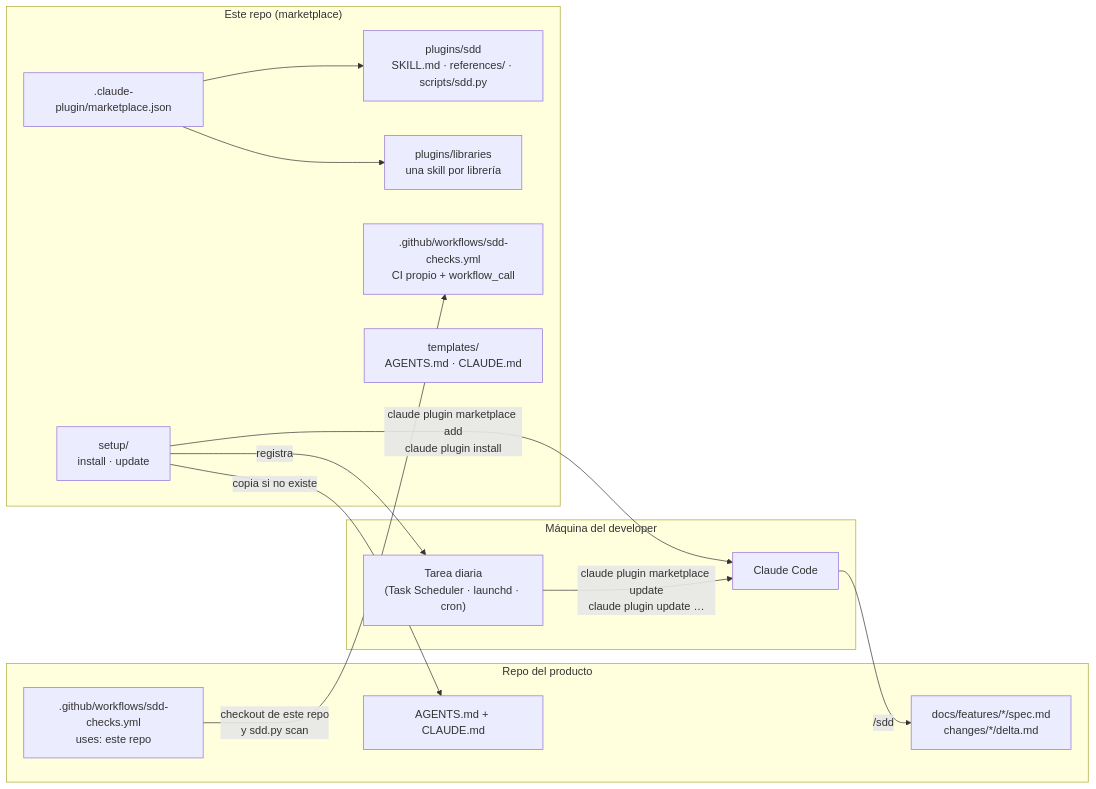
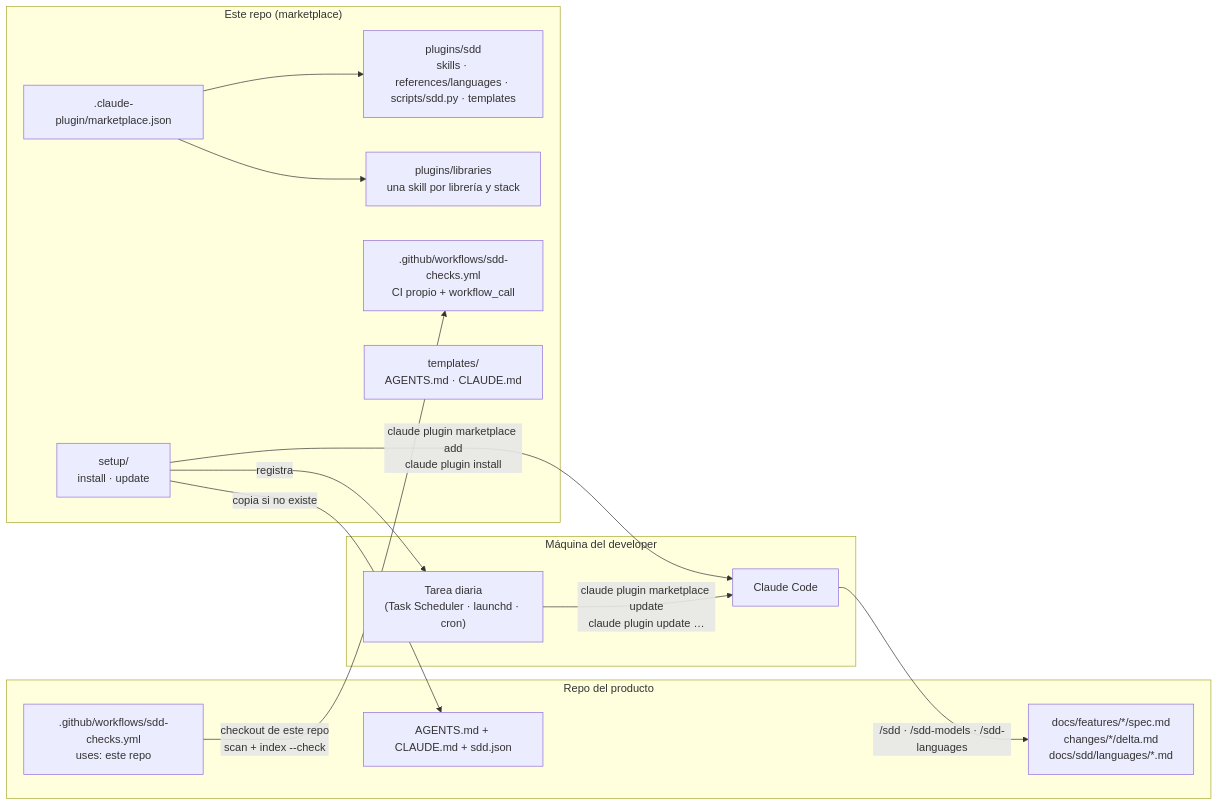
One commit to goguiGit/Sdd-Developer-setup changed the diagram in docs/IMPLEMENTACION.md. Above: the diagram before and after it, drawn with Mermaid. The commit also changed other lines of this file and 5 other files, not shown here.

````diff
--- a/docs/IMPLEMENTACION.md
+++ b/docs/IMPLEMENTACION.md
@@ -21,31 +22,31 @@
 ```mermaid
 flowchart LR
     subgraph repo["Este repo (marketplace)"]
         MK[".claude-plugin/marketplace.json"]
-        PS["plugins/sdd<br/>SKILL.md · references/ · scripts/sdd.py"]
-        PLB["plugins/libraries<br/>una skill por librería"]
+        PS["plugins/sdd<br/>skills · references/languages · scripts/sdd.py · templates"]
+        PLB["plugins/libraries<br/>una skill por librería y stack"]
         WF[".github/workflows/sdd-checks.yml<br/>CI propio + workflow_call"]
         TPL["templates/<br/>AGENTS.md · CLAUDE.md"]
         SET["setup/<br/>install · update"]
         MK --> PS
         MK --> PLB
     end
 
     subgraph dev["Máquina del developer"]
         CC["Claude Code"]
         TASK["Tarea diaria<br/>(Task Scheduler · launchd · cron)"]
         TASK -- "claude plugin marketplace update<br/>claude plugin update …" --> CC
     end
 
     subgraph prod["Repo del producto"]
-        AG["AGENTS.md + CLAUDE.md"]
-        DOCS["docs/features/*/spec.md<br/>changes/*/delta.md"]
+        AG["AGENTS.md + CLAUDE.md + sdd.json"]
+        DOCS["docs/features/*/spec.md<br/>changes/*/delta.md<br/>docs/sdd/languages/*.md"]
         CIW[".github/workflows/sdd-checks.yml<br/>uses: este repo"]
     end
 
     SET -- "claude plugin marketplace add<br/>claude plugin install" --> CC
     SET -- "registra" --> TASK
     SET -- "copia si no existe" --> AG
-    CC -- "/sdd" --> DOCS
-    CIW -- "checkout de este repo<br/>y sdd.py scan" --> WF
+    CC -- "/sdd · /sdd-models · /sdd-languages" --> DOCS
+    CIW -- "checkout de este repo<br/>scan + index --check" --> WF
 ```
````
